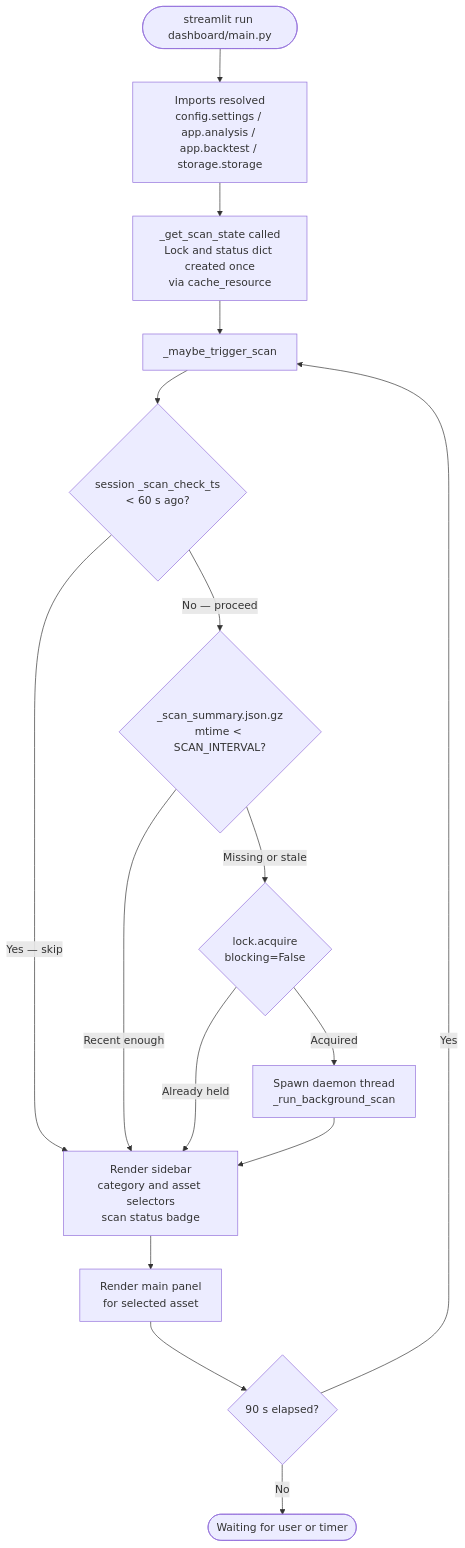
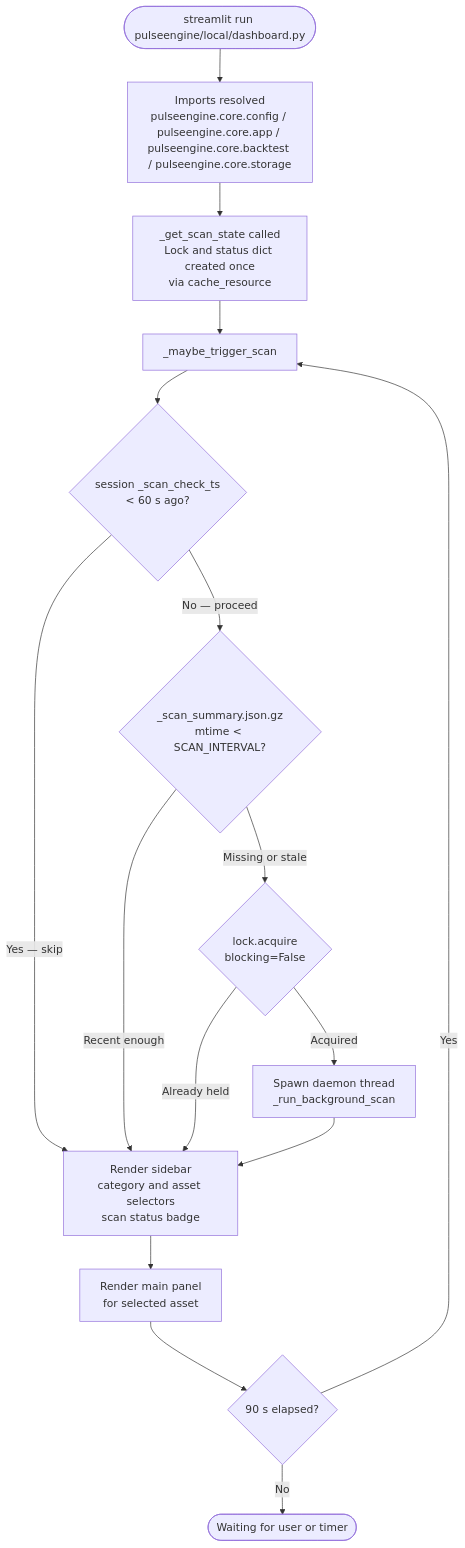
The first of 16 diagrams in Docs/code_flow.md (aidenscot6148/Pulse-Engine_Market_Intelligence_Platform), drawn with Mermaid before and after one commit. The commit also changed other lines of this file and 12 other files, not shown here.

Commit message:
REPO split (v0.3): /pulseengine foundation split (basic) update code_flow, changelog, roadmap, and readme for foundation split

````diff
--- a/Docs/code_flow.md
+++ b/Docs/code_flow.md
@@ -18,25 +18,25 @@
 ```mermaid
 flowchart TD
-    START([streamlit run dashboard/main.py]) --> IMPORT[Imports resolved\nconfig.settings / app.analysis / app.backtest / storage.storage]
+    START([streamlit run pulseengine/local/dashboard.py]) --> IMPORT[Imports resolved\npulseengine.core.config / pulseengine.core.app / pulseengine.core.backtest / pulseengine.core.storage]
     IMPORT --> SINGLETON[_get_scan_state called\nLock and status dict created once\nvia cache_resource]
     SINGLETON --> TRIGGER[_maybe_trigger_scan]
 
     TRIGGER --> RATECHECK{session _scan_check_ts\n< 60 s ago?}
     RATECHECK -->|Yes — skip| SIDEBAR
     RATECHECK -->|No — proceed| MTIMECHECK
 
     MTIMECHECK{_scan_summary.json.gz\nmtime < SCAN_INTERVAL?}
     MTIMECHECK -->|Recent enough| SIDEBAR
     MTIMECHECK -->|Missing or stale| LOCKCHECK
 
     LOCKCHECK{lock.acquire\nblocking=False}
     LOCKCHECK -->|Already held| SIDEBAR
     LOCKCHECK -->|Acquired| THREAD
 
     THREAD[Spawn daemon thread\n_run_background_scan] --> SIDEBAR
 
     SIDEBAR[Render sidebar\ncategory and asset selectors\nscan status badge] --> MAINPANEL
     MAINPANEL[Render main panel\nfor selected asset] --> AUTOREFRESH{90 s elapsed?}
     AUTOREFRESH -->|Yes| TRIGGER
     AUTOREFRESH -->|No| WAIT([Waiting for user or timer])
 ```
````
